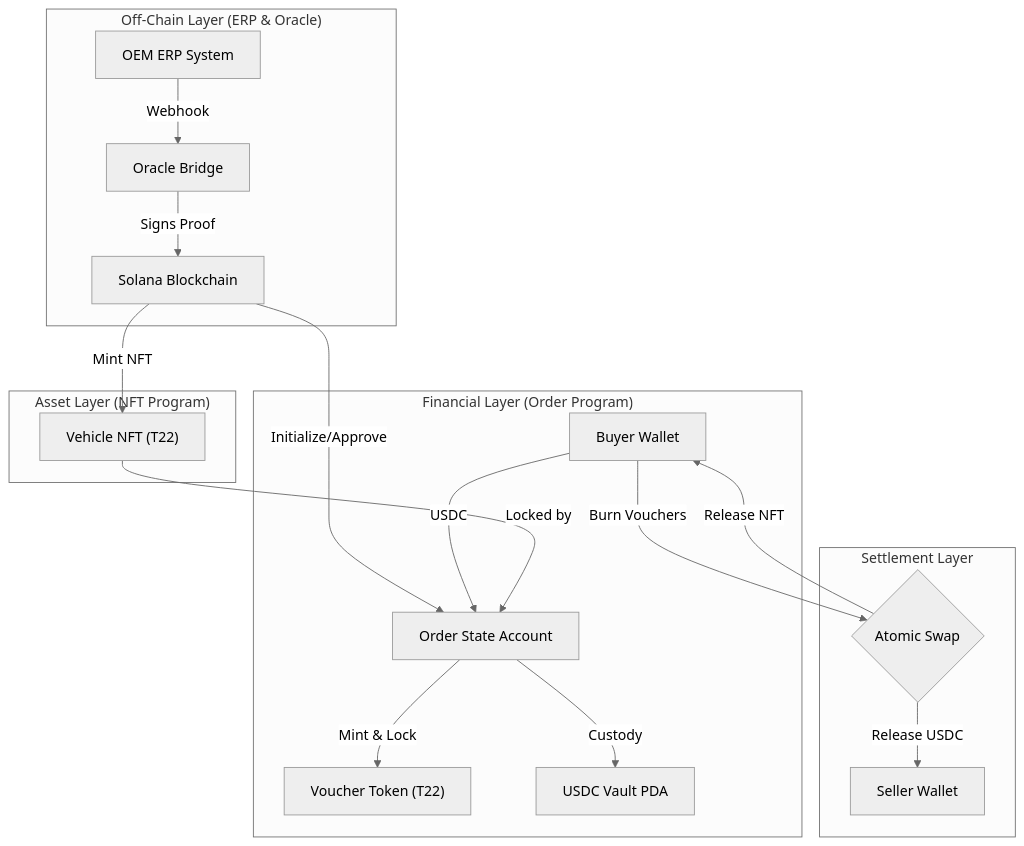
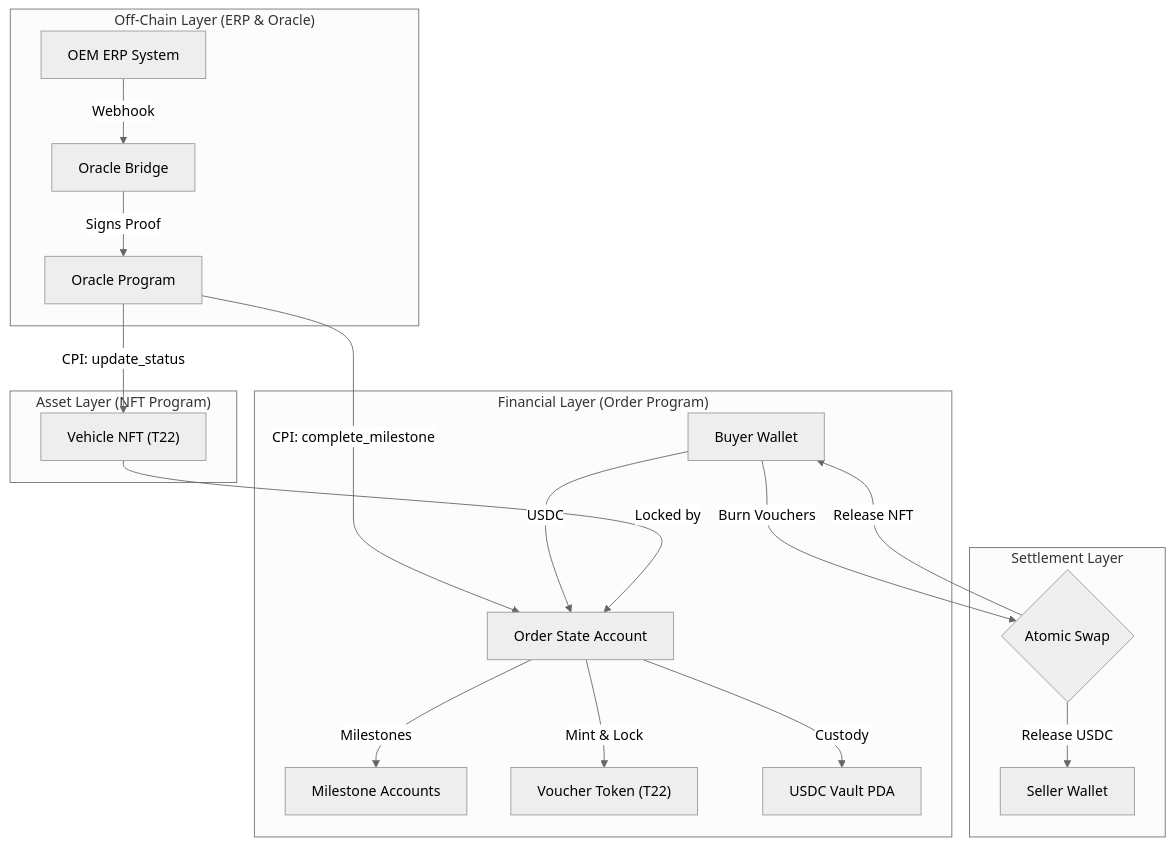
One commit to Solo-RWA-token/Solo-RWA changed the first of 8 diagrams in escrow-program/readme.md. Above: the diagram before and after it, drawn with Mermaid (neutral theme). The commit also changed other lines of this file, not shown here.

First line of the commit message:
Update readme to reflect changes in milestone submission process

````diff
--- a/escrow-program/readme.md
+++ b/escrow-program/readme.md
@@ -20,25 +20,26 @@
 ```mermaid
 graph TD
     subgraph "Off-Chain Layer (ERP & Oracle)"
         A[OEM ERP System] -->|Webhook| B[Oracle Bridge]
-        B -->|Signs Proof| C[Solana Blockchain]
+        B -->|Signs Proof| C[Oracle Program]
     end
 
     subgraph "Financial Layer (Order Program)"
-        C -->|Initialize/Approve| D[Order State Account]
+        C -->|CPI: complete_milestone| D[Order State Account]
+        D -->|Milestones| M[Milestone Accounts]
         E[Buyer Wallet] -->|USDC| D
         D -->|Mint & Lock| F["Voucher Token (T22)"]
         D -->|Custody| G[USDC Vault PDA]
     end
 
     subgraph "Asset Layer (NFT Program)"
-        C -->|Mint NFT| H["Vehicle NFT (T22)"]
+        C -->|CPI: update_status| H["Vehicle NFT (T22)"]
         H -->|Locked by| D
     end
 
     subgraph "Settlement Layer"
         E -->|Burn Vouchers| I{Atomic Swap}
         I -->|Release NFT| E
         I -->|Release USDC| J[Seller Wallet]
     end
 ```
````
